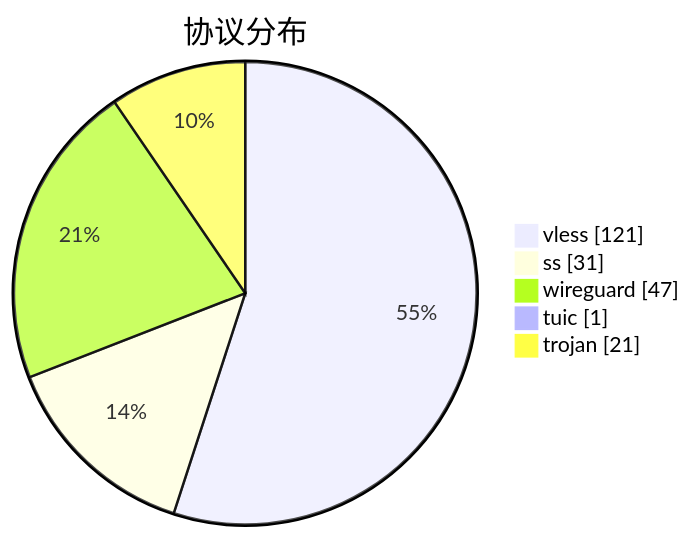
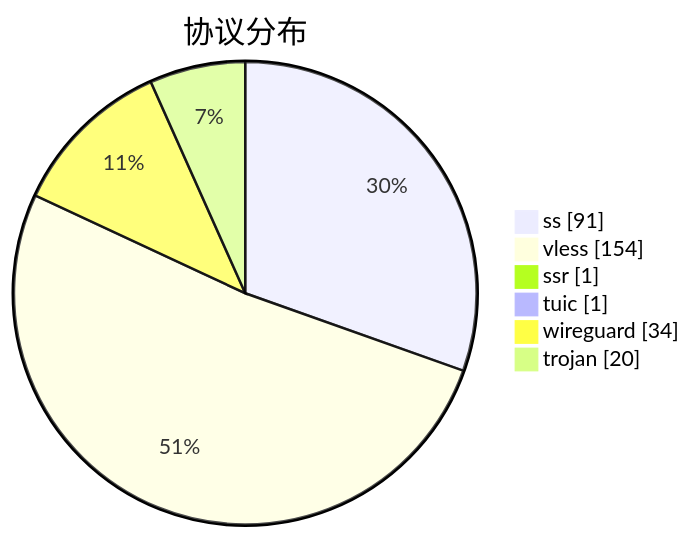
One commit to qjlxg/airport changed the third of 3 diagrams in subs/statistics/tested_within.md. Above: the diagram before and after it, drawn with Mermaid. The commit also changed other lines of this file and 2 other files, not shown here.

````diff
--- a/subs/statistics/tested_within.md
+++ b/subs/statistics/tested_within.md
@@ -31,9 +31,10 @@
 ```mermaid
 pie showData
 title 协议分布
-"vless" : 121
-"ss" : 31
-"wireguard" : 47
+"ss" : 91
+"vless" : 154
+"ssr" : 1
 "tuic" : 1
-"trojan" : 21
+"wireguard" : 34
+"trojan" : 20
 ```
````
